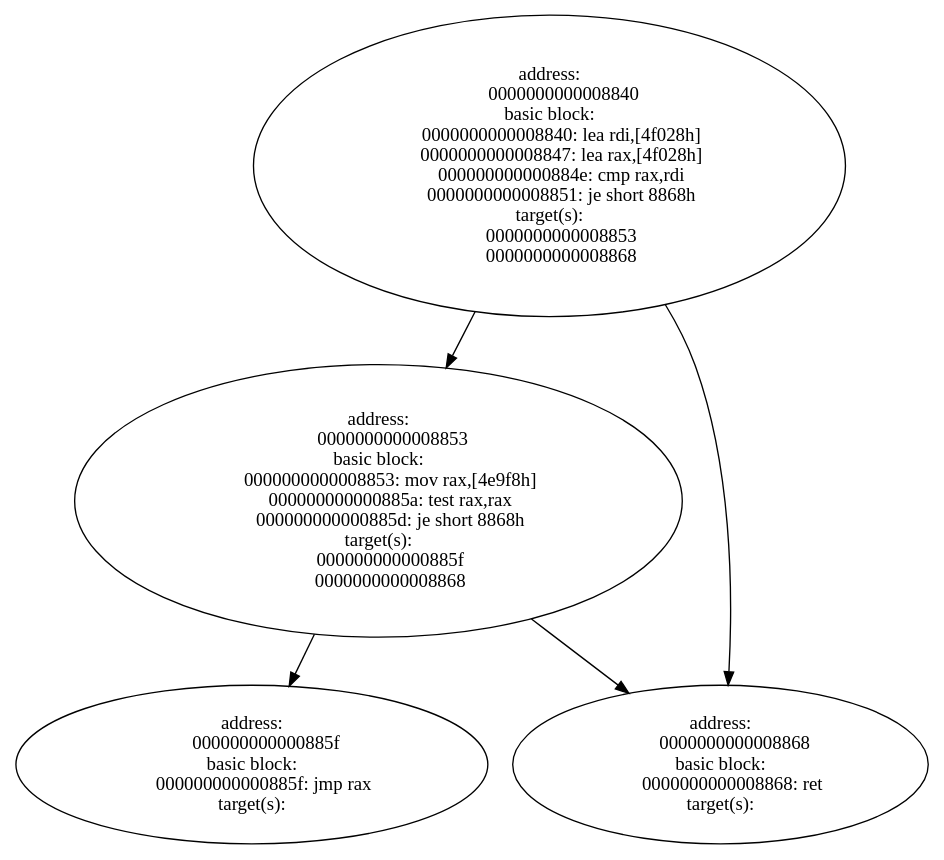
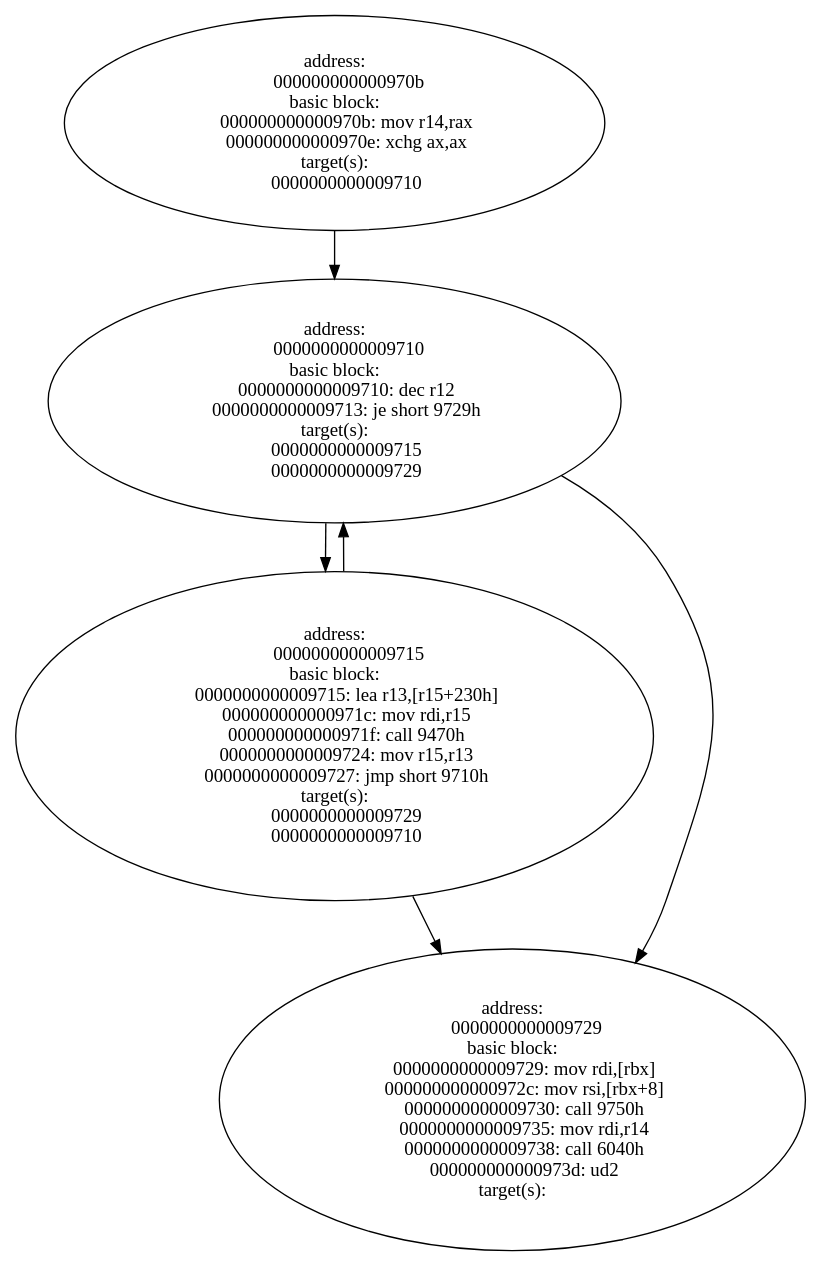
Before and after one commit to san-rok/virtual_address: the diagram in virtual_address.dot, drawn with Graphviz. The commit also changed 1 other file, not shown here.

Commit message:
test: va: 0x970b

```diff
--- a/virtual_address.dot
+++ b/virtual_address.dot
@@ -1,10 +1,11 @@
 digraph control_flow {
-    N0x8840[label="address:\n       0000000000008840\nbasic block:\n      0000000000008840: lea rdi,[4f028h]\n      0000000000008847: lea rax,[4f028h]\n      000000000000884e: cmp rax,rdi\n      0000000000008851: je short 8868h\ntarget(s):\n      0000000000008853\n      0000000000008868\n"];
-    N0x8853[label="address:\n       0000000000008853\nbasic block:\n      0000000000008853: mov rax,[4e9f8h]\n      000000000000885a: test rax,rax\n      000000000000885d: je short 8868h\ntarget(s):\n      000000000000885f\n      0000000000008868\n"];
-    N0x885f[label="address:\n       000000000000885f\nbasic block:\n      000000000000885f: jmp rax\ntarget(s):\n"];
-    N0x8868[label="address:\n       0000000000008868\nbasic block:\n      0000000000008868: ret\ntarget(s):\n"];
-    N0x8840 -> N0x8853[label=""];
-    N0x8840 -> N0x8868[label=""];
-    N0x8853 -> N0x885f[label=""];
-    N0x8853 -> N0x8868[label=""];
+    N0x970b[label="address:\n       000000000000970b\nbasic block:\n      000000000000970b: mov r14,rax\n      000000000000970e: xchg ax,ax\ntarget(s):\n      0000000000009710\n"];
+    N0x9710[label="address:\n       0000000000009710\nbasic block:\n      0000000000009710: dec r12\n      0000000000009713: je short 9729h\ntarget(s):\n      0000000000009715\n      0000000000009729\n"];
+    N0x9715[label="address:\n       0000000000009715\nbasic block:\n      0000000000009715: lea r13,[r15+230h]\n      000000000000971c: mov rdi,r15\n      000000000000971f: call 9470h\n      0000000000009724: mov r15,r13\n      0000000000009727: jmp short 9710h\ntarget(s):\n      0000000000009729\n      0000000000009710\n"];
+    N0x9729[label="address:\n       0000000000009729\nbasic block:\n      0000000000009729: mov rdi,[rbx]\n      000000000000972c: mov rsi,[rbx+8]\n      0000000000009730: call 9750h\n      0000000000009735: mov rdi,r14\n      0000000000009738: call 6040h\n      000000000000973d: ud2\ntarget(s):\n"];
+    N0x970b -> N0x9710[label=""];
+    N0x9710 -> N0x9715[label=""];
+    N0x9710 -> N0x9729[label=""];
+    N0x9715 -> N0x9729[label=""];
+    N0x9715 -> N0x9710[label=""];
 }
```
